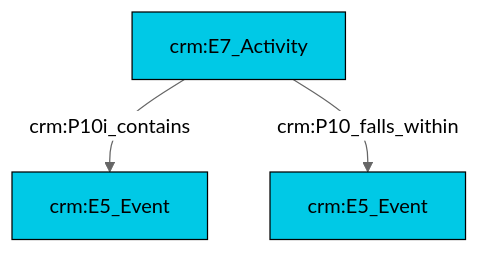
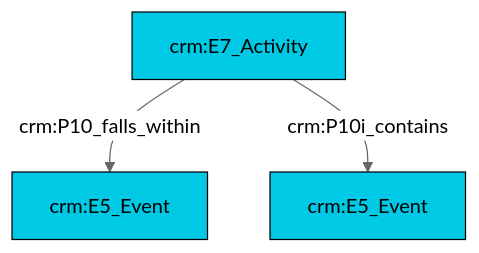
One commit to swiss-art-research-net/docs.swissartresearch changed the diagram in et/eventCSV/ttl/mmd/event_parthood.ttl.mmd. Above: the diagram before and after it, drawn with Mermaid (neutral theme). The commit also changed 207 other files, not shown here.

```diff
--- a/et/eventCSV/ttl/mmd/event_parthood.ttl.mmd
+++ b/et/eventCSV/ttl/mmd/event_parthood.ttl.mmd
@@ -1,17 +1,17 @@
 graph TD
 classDef Literal fill:#f2f2f2,stroke:#000000;
 classDef CRM_Entity fill:#FFFFFF,stroke:#000000;
 classDef Temporal_Entity fill:#00C9E6, stroke:#000000;
 classDef Type fill:#E18312, stroke:#000000;
 classDef Time-Span fill:#2C9C91, stroke:#000000;
 classDef Appellation fill:#FFEB7F, stroke:#000000;
 classDef Place fill:#008836, stroke:#000000;
 classDef Persistent_Item fill:#B266B2, stroke:#000000;
 classDef Conceptual_Object fill:#FFD700, stroke:#000000;
 classDef Physical_Thing fill:#D2B48C, stroke:#000000;
 classDef Actor fill:#f58aad, stroke:#000000;
 classDef PC_Classes fill:#4ce600, stroke:#000000;
 classDef Multi fill:#cccccc,stroke:#000000;
 
-2["crm:E7_Activity"]:::Temporal_Entity -->|crm:P10i_contains| 0["crm:E5_Event"]:::Temporal_Entity
-2["crm:E7_Activity"]:::Temporal_Entity -->|crm:P10_falls_within| 4["crm:E5_Event"]:::Temporal_Entity
+2["crm:E7_Activity"]:::Temporal_Entity -->|crm:P10_falls_within| 0["crm:E5_Event"]:::Temporal_Entity
+2["crm:E7_Activity"]:::Temporal_Entity -->|crm:P10i_contains| 4["crm:E5_Event"]:::Temporal_Entity
```
